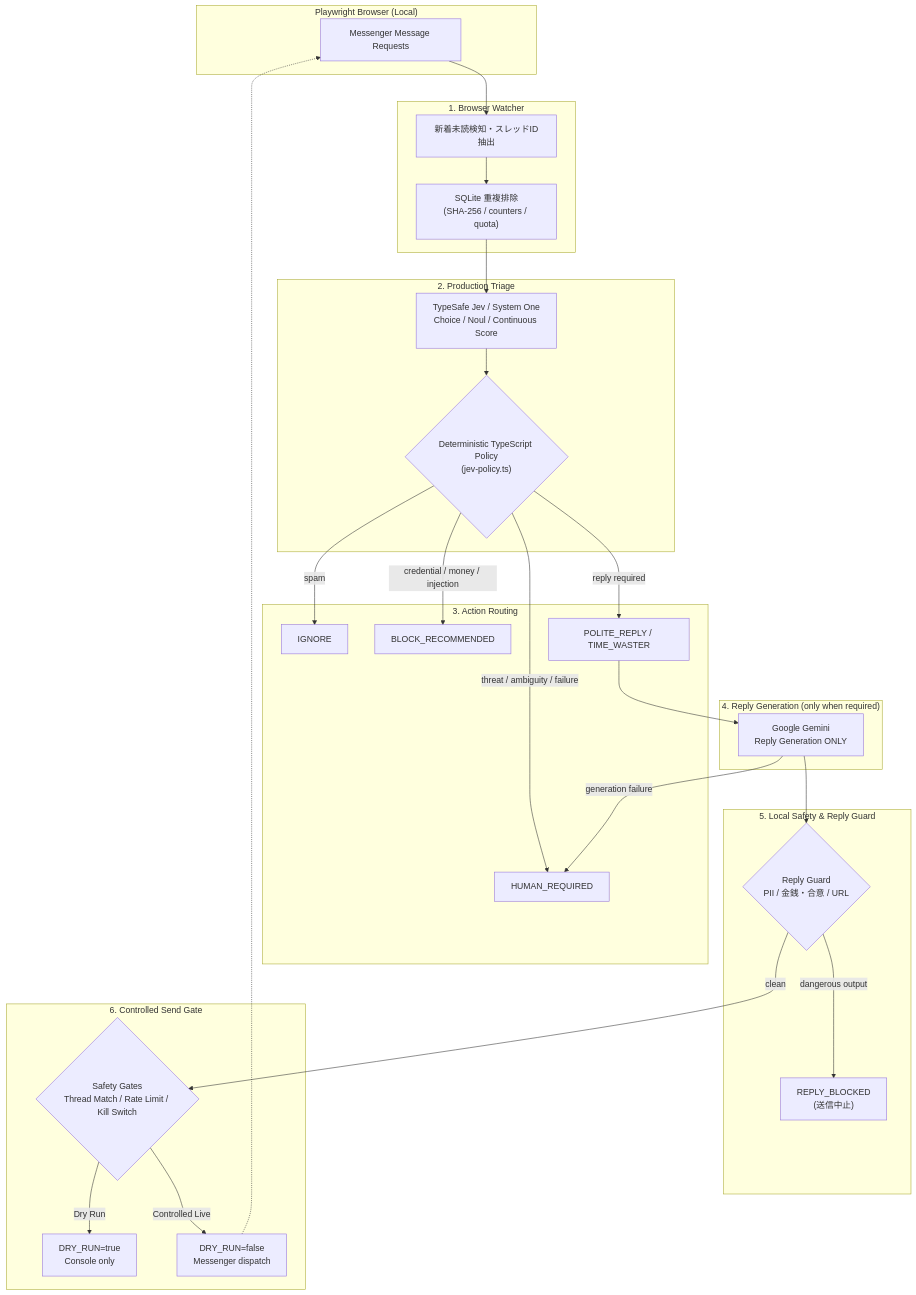
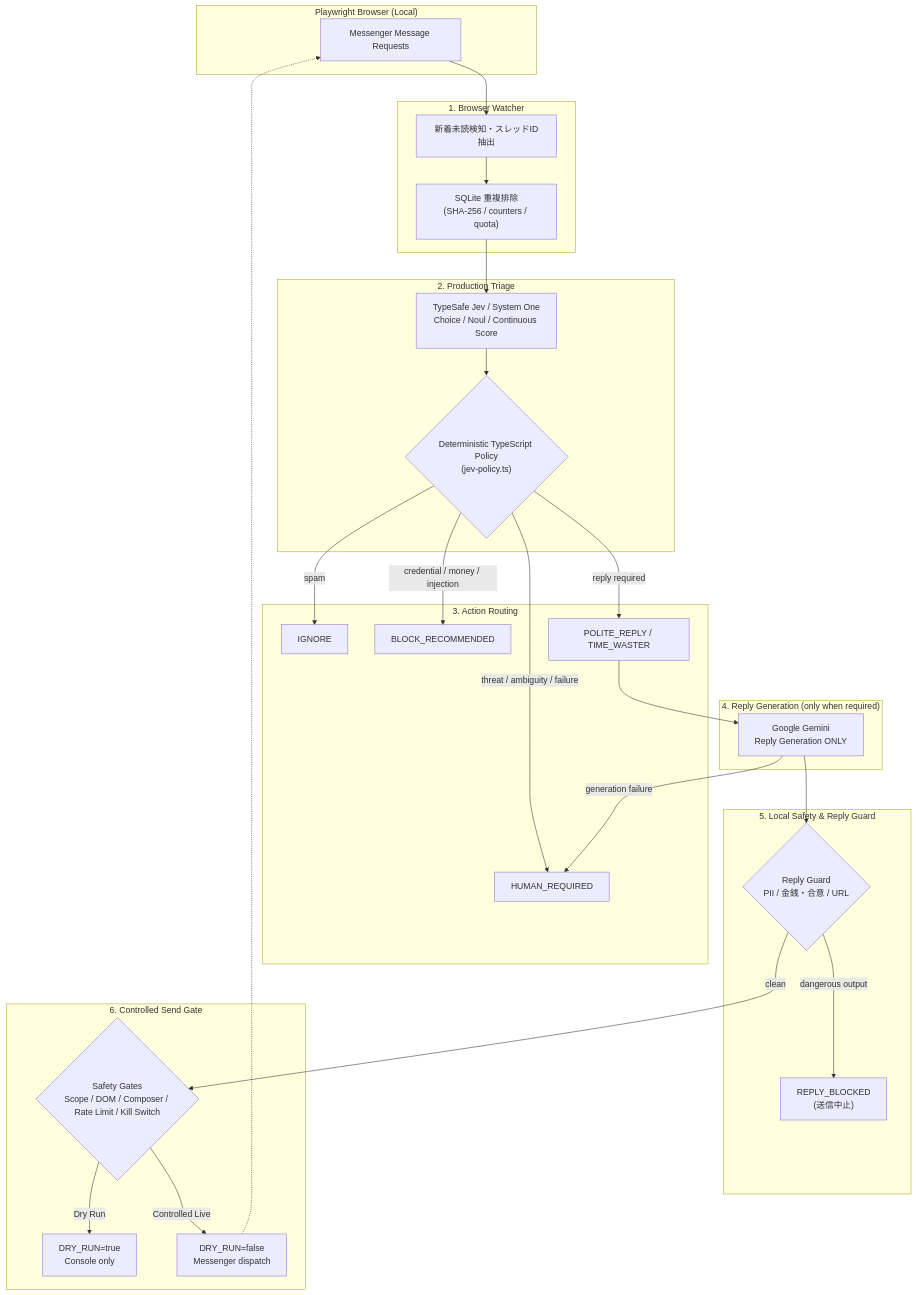
Before and after one commit to moruku36/messenger-human-firewall: the diagram in README.md, drawn with Mermaid. The commit also changed other lines of this file and 10 other files, not shown here.

````diff
--- a/README.md
+++ b/README.md
@@ -45,59 +45,59 @@
 ```mermaid
 flowchart TD
     subgraph Browser["Playwright Browser (Local)"]
         MR["Messenger Message Requests"]
     end
 
     subgraph Watcher["1. Browser Watcher"]
         Detect["新着未読検知・スレッドID抽出"]
         Dedup["SQLite 重複排除<br/>(SHA-256 / counters / quota)"]
     end
 
     subgraph Triage["2. Production Triage"]
         Jev["TypeSafe Jev / System One<br/>Choice / Noul / Continuous Score"]
         Policy{"Deterministic TypeScript Policy<br/>(jev-policy.ts)"}
     end
 
     subgraph Actions["3. Action Routing"]
         Ignore["IGNORE"]
         Escalate["HUMAN_REQUIRED"]
         BlockRec["BLOCK_RECOMMENDED"]
         Reply["POLITE_REPLY / TIME_WASTER"]
     end
 
     subgraph Generation["4. Reply Generation (only when required)"]
         Gemini["Google Gemini<br/>Reply Generation ONLY"]
     end
 
     subgraph Safety["5. Local Safety & Reply Guard"]
         Guard{"Reply Guard<br/>PII / 金銭・合意 / URL"}
         Blocked["REPLY_BLOCKED<br/>(送信中止)"]
     end
 
     subgraph SendGate["6. Controlled Send Gate"]
-        Limits{"Safety Gates<br/>Thread Match / Rate Limit / Kill Switch"}
+        Limits{"Safety Gates<br/>Scope / DOM / Composer / Rate Limit / Kill Switch"}
         Console["DRY_RUN=true<br/>Console only"]
         Send["DRY_RUN=false<br/>Messenger dispatch"]
     end
 
     MR --> Detect
     Detect --> Dedup
     Dedup --> Jev
     Jev --> Policy
 
     Policy -->|spam| Ignore
     Policy -->|threat / ambiguity / failure| Escalate
     Policy -->|credential / money / injection| BlockRec
     Policy -->|reply required| Reply
 
     Reply --> Gemini
     Gemini -->|generation failure| Escalate
     Gemini --> Guard
 
     Guard -->|dangerous output| Blocked
     Guard -->|clean| Limits
 
     Limits -->|Dry Run| Console
     Limits -->|Controlled Live| Send
     Send -.-> MR
 ```
````
